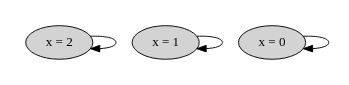
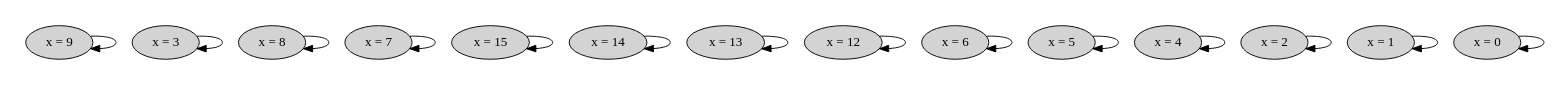
Before and after one commit to will62794/tla-web: the diagram in specs/with_state_graphs/simple_disjunction_init.tla.dot, drawn with Graphviz. The commit also changed 6 other files, not shown here.

```diff
--- a/specs/with_state_graphs/simple_disjunction_init.tla.dot
+++ b/specs/with_state_graphs/simple_disjunction_init.tla.dot
@@ -1,13 +1,35 @@
 strict digraph DiskGraph {
 nodesep=0.35;
 subgraph cluster_graph {
 color="white";
 8132692779957249086 [label="x = 0",style = filled]
 -6230161439325923452 [label="x = 1",style = filled]
 -5039642576729477619 [label="x = 2",style = filled]
+-7132380105738314465 [label="x = 4",style = filled]
+4923445692854152869 [label="x = 5",style = filled]
+6329252015968950060 [label="x = 6",style = filled]
+4524828288577077786 [label="x = 12",style = filled]
+-1757443398872157792 [label="x = 13",style = filled]
+-857411934903859159 [label="x = 14",style = filled]
+3264821330489916307 [label="x = 15",style = filled]
+-8178219181039606634 [label="x = 7",style = filled]
+-3237250641632068805 [label="x = 8",style = filled]
+7158667421841284535 [label="x = 3",style = filled]
+740240026893633665 [label="x = 9",style = filled]
 8132692779957249086 -> 8132692779957249086 [label="",color="black",fontcolor="black"];
 -6230161439325923452 -> -6230161439325923452 [label="",color="black",fontcolor="black"];
 -5039642576729477619 -> -5039642576729477619 [label="",color="black",fontcolor="black"];
-{rank = same; 8132692779957249086;-6230161439325923452;-5039642576729477619;}
+-7132380105738314465 -> -7132380105738314465 [label="",color="black",fontcolor="black"];
+4923445692854152869 -> 4923445692854152869 [label="",color="black",fontcolor="black"];
+6329252015968950060 -> 6329252015968950060 [label="",color="black",fontcolor="black"];
+4524828288577077786 -> 4524828288577077786 [label="",color="black",fontcolor="black"];
+-1757443398872157792 -> -1757443398872157792 [label="",color="black",fontcolor="black"];
+-857411934903859159 -> -857411934903859159 [label="",color="black",fontcolor="black"];
+3264821330489916307 -> 3264821330489916307 [label="",color="black",fontcolor="black"];
+-8178219181039606634 -> -8178219181039606634 [label="",color="black",fontcolor="black"];
+-3237250641632068805 -> -3237250641632068805 [label="",color="black",fontcolor="black"];
+7158667421841284535 -> 7158667421841284535 [label="",color="black",fontcolor="black"];
+740240026893633665 -> 740240026893633665 [label="",color="black",fontcolor="black"];
+{rank = same; 740240026893633665;8132692779957249086;-6230161439325923452;-3237250641632068805;-1757443398872157792;-7132380105738314465;4923445692854152869;4524828288577077786;-8178219181039606634;-857411934903859159;3264821330489916307;6329252015968950060;7158667421841284535;-5039642576729477619;}
 }
 }
```
